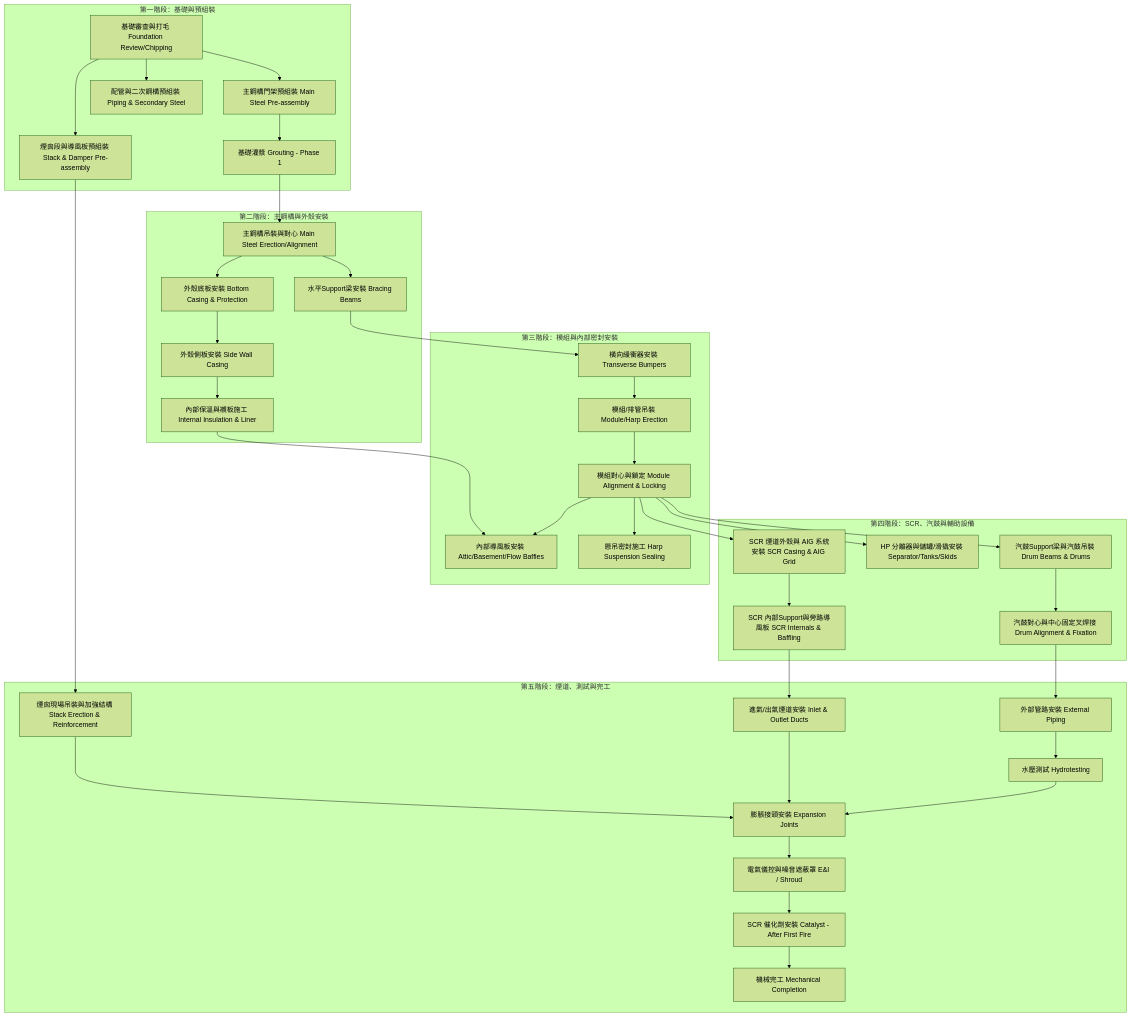
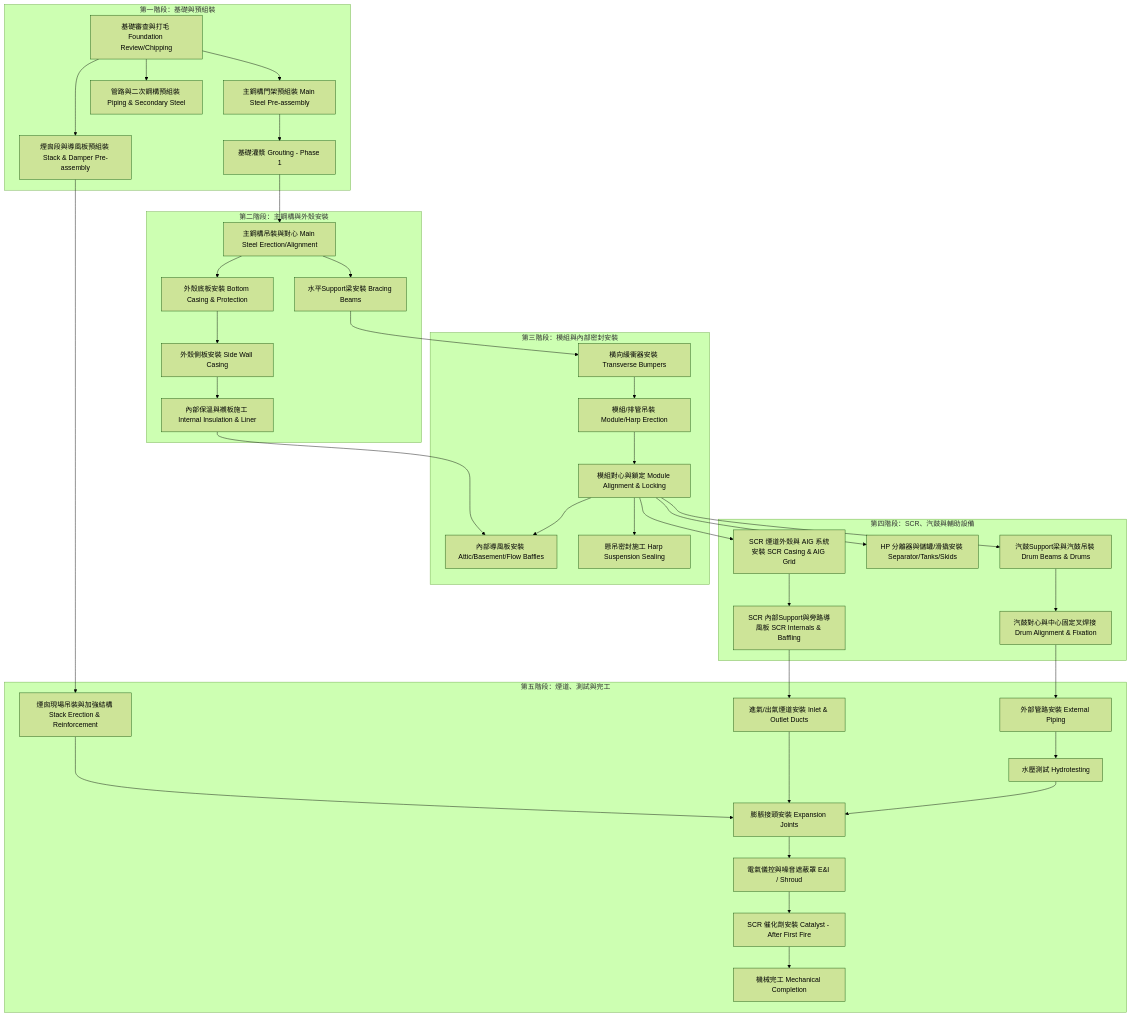
One commit to drogan-gas/KK changed the diagram in WebWiki/HRSG_工序.md. Above: the diagram before and after it, drawn with Mermaid (forest theme). The commit also changed other lines of this file and 1 other file, not shown here.

````diff
--- a/WebWiki/HRSG_工序.md
+++ b/WebWiki/HRSG_工序.md
@@ -13,54 +7,54 @@
 ```mermaid
 graph TD
     %% Phase 1: Foundation & Pre-assembly
     subgraph P1 [第一階段：基礎與預組裝]
         S1[基礎審查與打毛 Foundation Review/Chipping] --> S2[主鋼構門架預組裝 Main Steel Pre-assembly]
         S1 --> S3[煙囪段與導風板預組裝 Stack & Damper Pre-assembly]
-        S1 --> S4[配管與二次鋼構預組裝 Piping & Secondary Steel]
+        S1 --> S4[管路與二次鋼構預組裝 Piping & Secondary Steel]
         S2 --> S5[基礎灌漿 Grouting - Phase 1]
     end
 
     %% Phase 2: Main Steel & Casing
     subgraph P2 [第二階段：主鋼構與外殼安裝]
         S5 --> S6[主鋼構吊裝與對心 Main Steel Erection/Alignment]
         S6 --> S7[水平Support梁安裝 Bracing Beams]
         S6 --> S8[外殼底板安裝 Bottom Casing & Protection]
         S8 --> S9[外殼側板安裝 Side Wall Casing]
         S9 --> S10[內部保溫與襯板施工 Internal Insulation & Liner]
     end
 
     %% Phase 3: Modules & Internal Sealing
     subgraph P3 [第三階段：模組與內部密封安裝]
         S7 --> S11[橫向緩衝器安裝 Transverse Bumpers]
         S11 --> S12[模組/排管吊裝 Module/Harp Erection]
         S12 --> S13[模組對心與鎖定 Module Alignment & Locking]
         S13 --> S14[內部導風板安裝 Attic/Basement/Flow Baffles]
         S13 --> S15[懸吊密封施工 Harp Suspension Sealing]
     end
 
     %% Phase 4: SCR, Drums & Vessels
     subgraph P4 [第四階段：SCR、汽鼓與輔助設備]
         S13 --> S16[汽鼓Support梁與汽鼓吊裝 Drum Beams & Drums]
         S13 --> S17[HP 分離器與儲罐/滑撬安裝 Separator/Tanks/Skids]
         S13 --> S18[SCR 煙道外殼與 AIG 系統安裝 SCR Casing & AIG Grid]
         S18 --> S19[SCR 內部Support與旁路導風板 SCR Internals & Baffling]
         S16 --> S20[汽鼓對心與中心固定叉焊接 Drum Alignment & Fixation]
     end
 
     %% Phase 5: Exhaust, Testing & Completion
     subgraph P5 [第五階段：煙道、測試與完工]
         S19 --> S21[進氣/出氣煙道安裝 Inlet & Outlet Ducts]
         S3 --> S22[煙囪現場吊裝與加強結構 Stack Erection & Reinforcement]
         S20 --> S23[外部管路安裝 External Piping]
         S23 --> S24[水壓測試 Hydrotesting]
         S24 --> S25[膨脹接頭安裝 Expansion Joints]
         S25 --> S26[電氣儀控與噪音遮蔽罩 E&I / Shroud]
         S26 --> S27[SCR 催化劑安裝 Catalyst - After First Fire]
         S27 --> S28[機械完工 Mechanical Completion]
     end
 
     %% Key Links
     S10 --> S14
     S21 --> S25
     S22 --> S25
 ```
````
